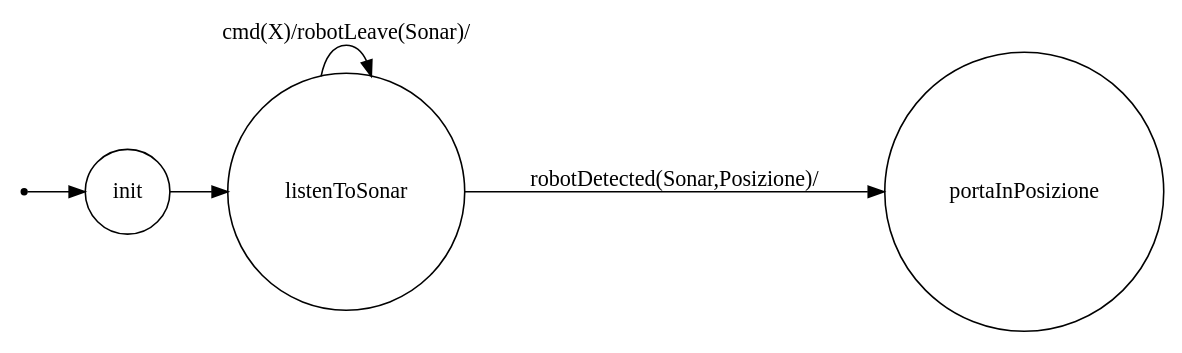
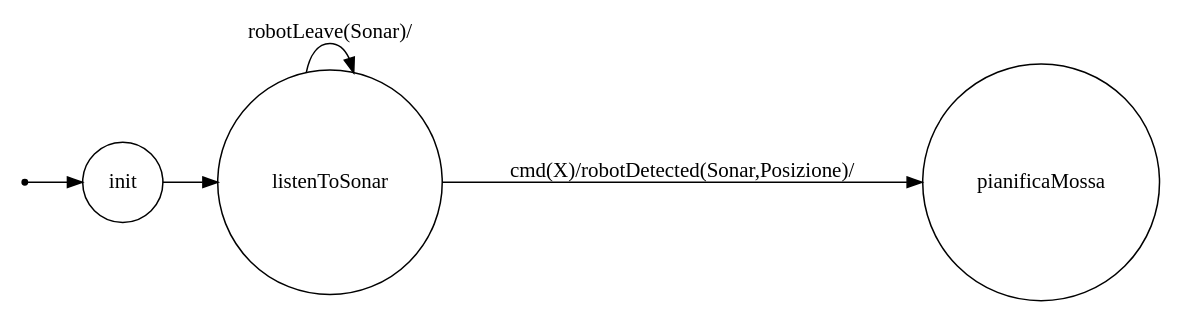
One commit to sabbio93/QRobotEvitaMuri changed the diagram in Model2/srcMore/it/unibo/robotmind/dotFsm.gv. Above: the diagram before and after it, drawn with Graphviz. The commit also changed 9 other files, not shown here.

```diff
--- a/Model2/srcMore/it/unibo/robotmind/dotFsm.gv
+++ b/Model2/srcMore/it/unibo/robotmind/dotFsm.gv
@@ -1,23 +1,23 @@
 /*
 *
 * A GraphViz DOT FSM description 
 * Please use a GraphViz visualizer (like http://www.webgraphviz.com)
 * 
 * Generated by AM,NC,RM
 *  
 */
  
 digraph finite_state_machine {
   	rankdir=LR;
   	size="8,5"
   	node [shape = point]; iniziale;
   	node [shape = doublecircle]; 
   	node [shape = circle];
   	iniziale -> init [label = ""];
   	
   	
   	init -> listenToSonar [ label = ""];
   	
-  	listenToSonar -> listenToSonar [ label = "cmd(X)/robotLeave(Sonar)/"];
-  	listenToSonar -> portaInPosizione [ label = "robotDetected(Sonar,Posizione)/"];
+  	listenToSonar -> listenToSonar [ label = "robotLeave(Sonar)/"];
+  	listenToSonar -> pianificaMossa [ label = "cmd(X)/robotDetected(Sonar,Posizione)/"];
 }
```
